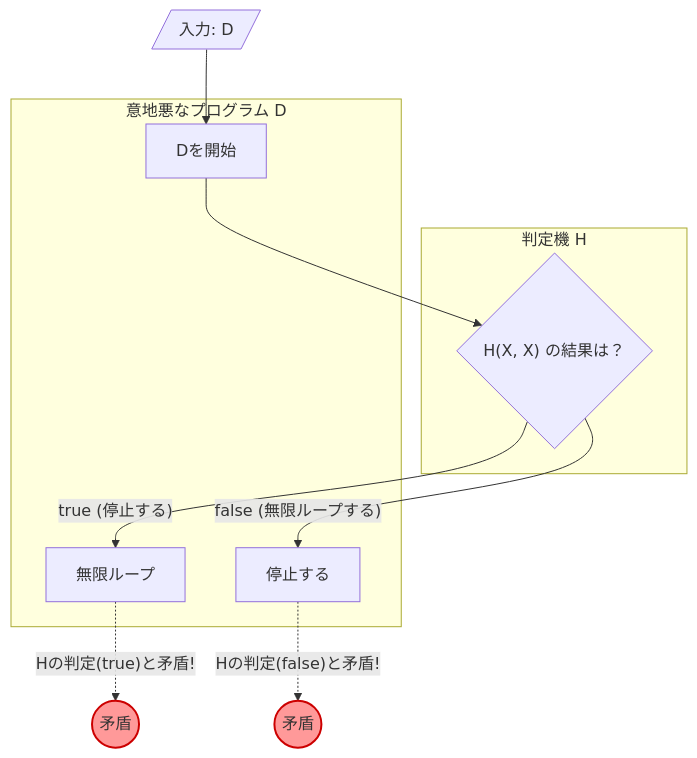
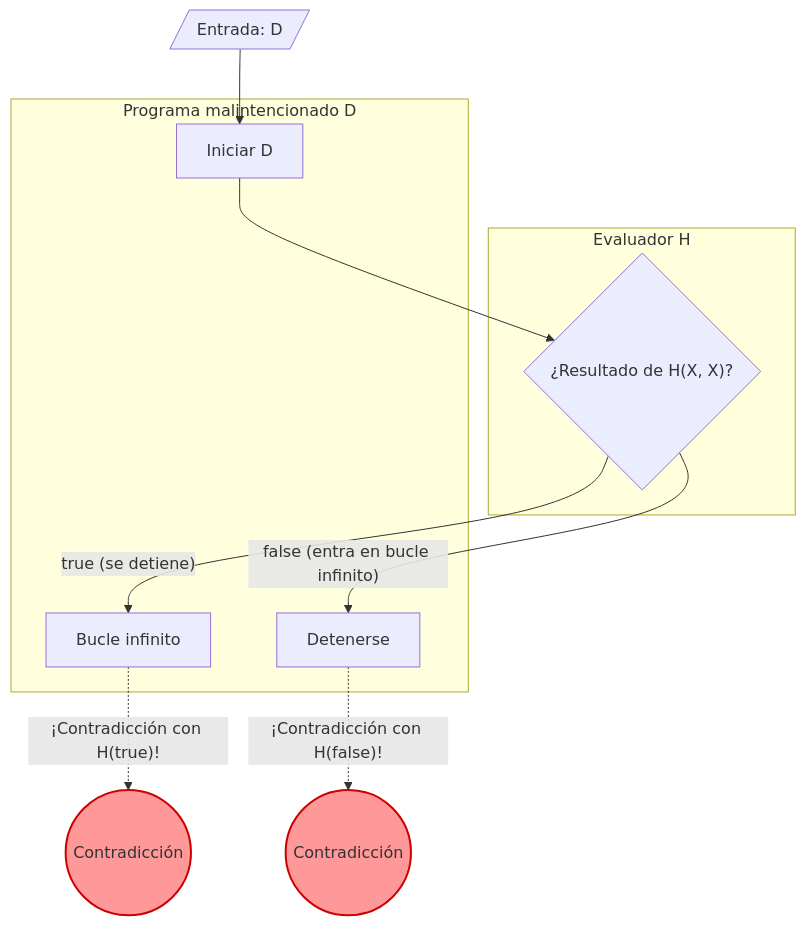
Before and after one commit to kenjinote/blog: the diagram in content/post/halting-problem/index.es.md, drawn with Mermaid. The commit also changed 28 other files, not shown here.

Commit message:
Translate Japanese text inside Mermaid diagrams to respective languages

````diff
--- a/content/post/halting-problem/index.es.md
+++ b/content/post/halting-problem/index.es.md
@@ -126,22 +126,22 @@
 ```mermaid
 graph TD
-    subgraph "判定機 H"
-        H{"H(X, X) の結果は？"}
+    subgraph "Evaluador H"
+        H{"¿Resultado de H(X, X)?"}
     end
 
-    subgraph "意地悪なプログラム D"
-        START["Dを開始"] --> H
-        H -->|"true (停止する)"| LOOP["無限ループ"]
-        H -->|"false (無限ループする)"| HALT["停止する"]
+    subgraph "Programa malintencionado D"
+        START["Iniciar D"] --> H
+        H -->|"true (se detiene)"| LOOP["Bucle infinito"]
+        H -->|"false (entra en bucle infinito)"| HALT["Detenerse"]
     end
 
     %% D に D 自身を入力する
-    INPUT_D[/"入力: D"/] --> START
+    INPUT_D[/"Entrada: D"/] --> START
     
     %% 矛盾のハイライト
-    LOOP -.->|"Hの判定(true)と矛盾!"| FAIL_1(("矛盾"))
-    HALT -.->|"Hの判定(false)と矛盾!"| FAIL_2(("矛盾"))
+    LOOP -.->|"¡Contradicción con H(true)!"| FAIL_1(("Contradicción"))
+    HALT -.->|"¡Contradicción con H(false)!"| FAIL_2(("Contradicción"))
     
     style FAIL_1 fill:#ff9999,stroke:#cc0000,stroke-width:2px
     style FAIL_2 fill:#ff9999,stroke:#cc0000,stroke-width:2px
 ```
````
